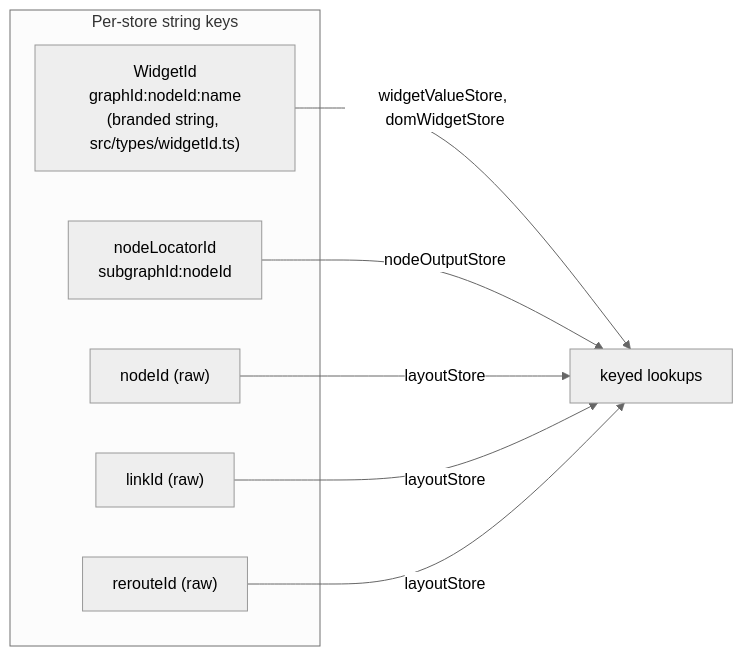
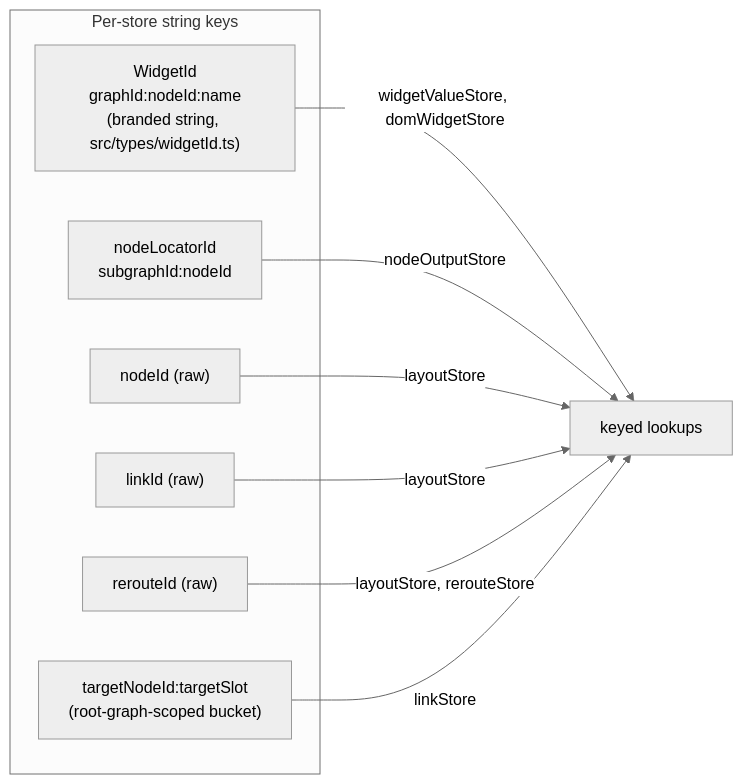
One commit to Comfy-Org/ComfyUI_frontend changed the second of 12 diagrams in docs/architecture/ecs-target-architecture.md. Above: the diagram before and after it, drawn with Mermaid (neutral theme). The commit also changed other lines of this file and 9 other files, not shown here.

First line of the commit message:
docs: align ECS architecture records with shipped link/reroute stores

````diff
--- a/docs/architecture/ecs-target-architecture.md
+++ b/docs/architecture/ecs-target-architecture.md
@@ -55,19 +61,22 @@
 ```mermaid
 graph LR
     subgraph "Per-store string keys"
         WID["WidgetId
 graphId:nodeId:name
 (branded string, src/types/widgetId.ts)"]
         NLID["nodeLocatorId
 subgraphId:nodeId"]
         NID["nodeId (raw)"]
         LID["linkId (raw)"]
         RID["rerouteId (raw)"]
+        TIS["targetNodeId:targetSlot
+(root-graph-scoped bucket)"]
     end
 
     WID -->|widgetValueStore, domWidgetStore| W["keyed lookups"]
     NLID -->|nodeOutputStore| W
     NID -->|layoutStore| W
     LID -->|layoutStore| W
-    RID -->|layoutStore| W
+    RID -->|layoutStore, rerouteStore| W
+    TIS -->|linkStore| W
 ```
````
